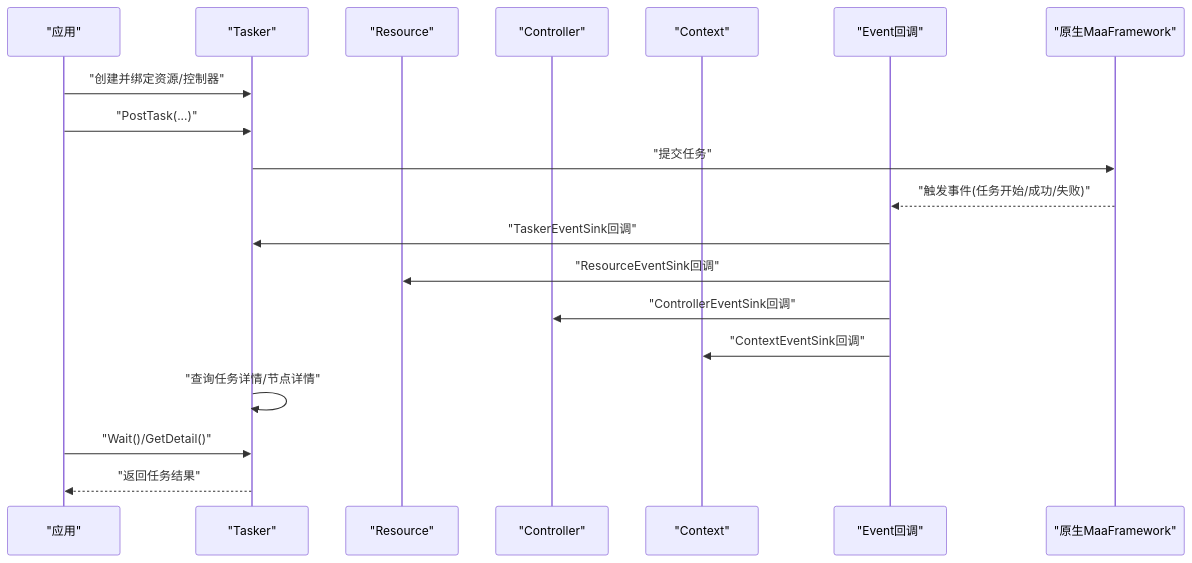
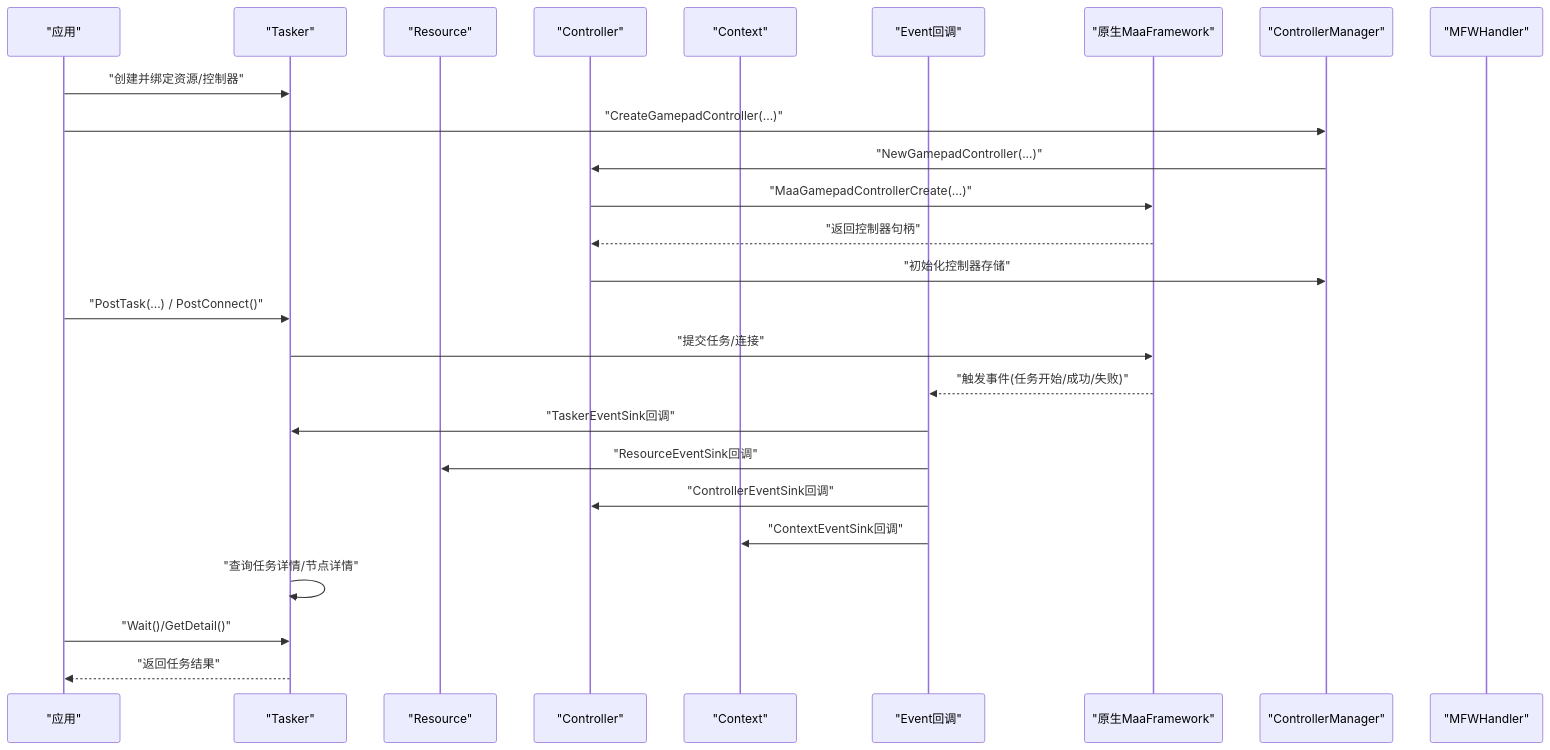
The second of 10 diagrams in .qoder/repowiki/zh/content/API 参考/maafw-golang API 参考.md (kqcoxn/MaaPipelineEditor), drawn with Mermaid before and after one commit. The commit also changed other lines of this file and 10 other files, not shown here.

````diff
--- a/.qoder/repowiki/zh/content/API 参考/maafw-golang API 参考.md
+++ b/.qoder/repowiki/zh/content/API 参考/maafw-golang API 参考.md
@@ -147,21 +134,28 @@
 ```mermaid
 sequenceDiagram
 participant App as "应用"
 participant Tasker as "Tasker"
 participant Res as "Resource"
 participant Ctrl as "Controller"
 participant Ctx as "Context"
 participant Ev as "Event回调"
 participant Native as "原生MaaFramework"
+participant CM as "ControllerManager"
+participant H as "MFWHandler"
 App->>Tasker : "创建并绑定资源/控制器"
-App->>Tasker : "PostTask(...)"
-Tasker->>Native : "提交任务"
+App->>CM : "CreateGamepadController(...)"
+CM->>Ctrl : "NewGamepadController(...)"
+Ctrl->>Native : "MaaGamepadControllerCreate(...)"
+Native-->>Ctrl : "返回控制器句柄"
+Ctrl->>CM : "初始化控制器存储"
+App->>Tasker : "PostTask(...) / PostConnect()"
+Tasker->>Native : "提交任务/连接"
 Native-->>Ev : "触发事件(任务开始/成功/失败)"
 Ev->>Tasker : "TaskerEventSink回调"
 Ev->>Res : "ResourceEventSink回调"
 Ev->>Ctrl : "ControllerEventSink回调"
 Ev->>Ctx : "ContextEventSink回调"
 Tasker->>Tasker : "查询任务详情/节点详情"
 App->>Tasker : "Wait()/GetDetail()"
 Tasker-->>App : "返回任务结果"
 ```
````
